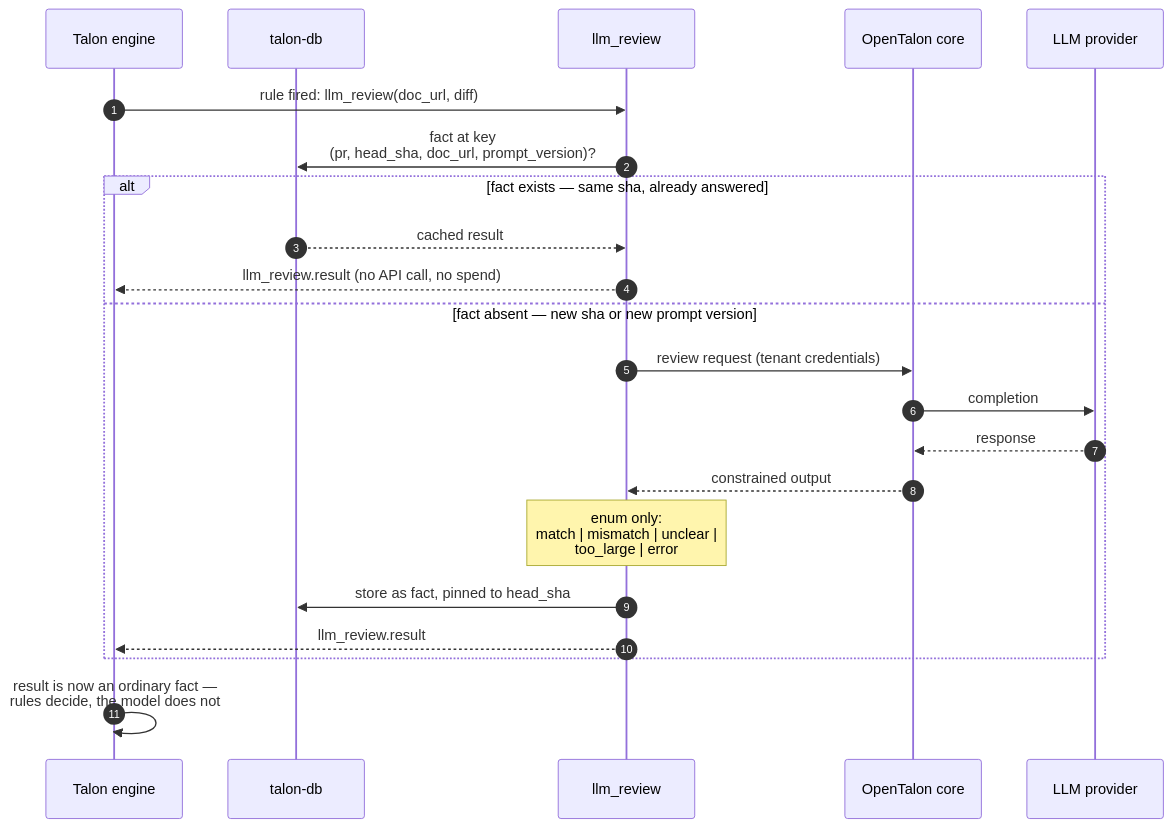
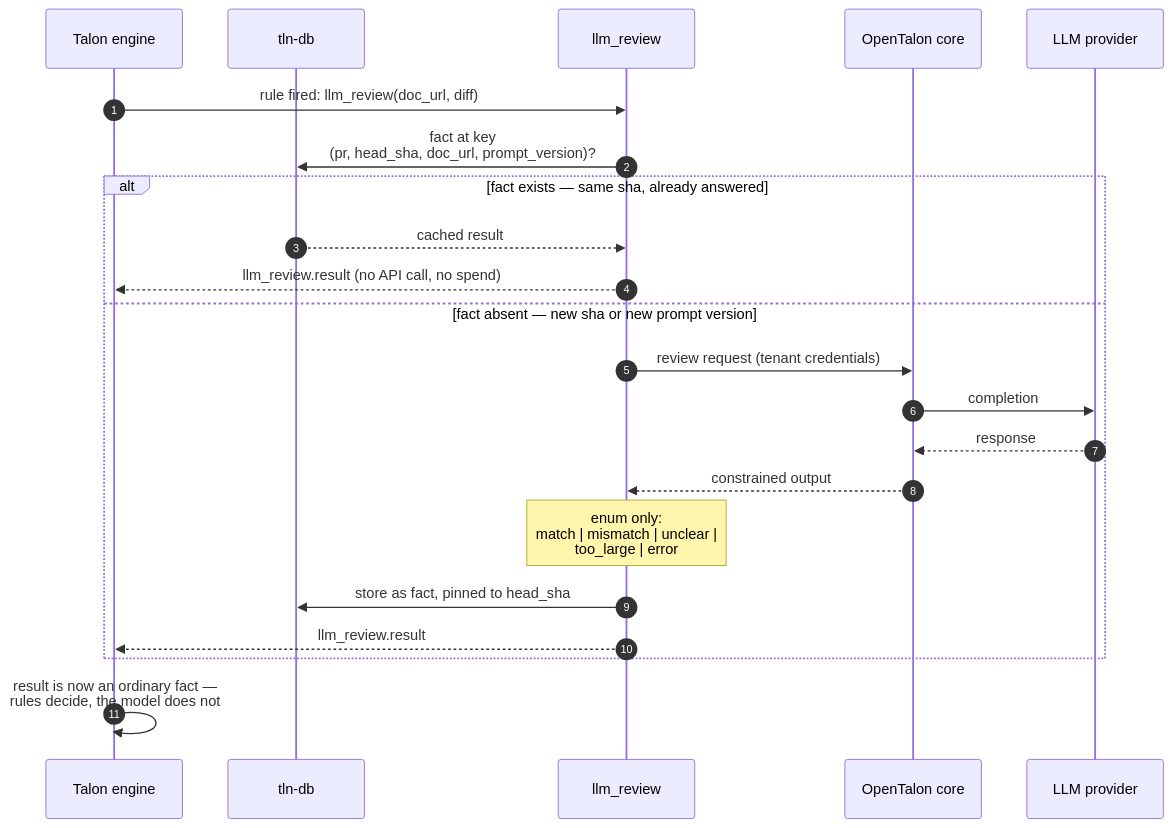
The sixth of 10 diagrams in docs/diagrams.md (opentalon/talooner), drawn with Mermaid before and after one commit. The commit also changed other lines of this file and 4 other files, not shown here.

Commit message:
Fix stale talon-language/talon-db repo names to tln-language/tln-db

````diff
--- a/docs/diagrams.md
+++ b/docs/diagrams.md
@@ -313,27 +313,27 @@
 ```mermaid
 sequenceDiagram
     autonumber
     participant ENG as Talon engine
-    participant DB as talon-db
+    participant DB as tln-db
     participant LLMR as llm_review
     participant Core as OpenTalon core
     participant API as LLM provider
 
     ENG->>LLMR: rule fired: llm_review(doc_url, diff)
     LLMR->>DB: fact at key<br/>(pr, head_sha, doc_url, prompt_version)?
 
     alt fact exists — same sha, already answered
         DB-->>LLMR: cached result
         LLMR-->>ENG: llm_review.result (no API call, no spend)
     else fact absent — new sha or new prompt version
         LLMR->>Core: review request (tenant credentials)
         Core->>API: completion
         API-->>Core: response
         Core-->>LLMR: constrained output
         Note over LLMR: enum only:<br/>match | mismatch | unclear |<br/>too_large | error
         LLMR->>DB: store as fact, pinned to head_sha
         LLMR-->>ENG: llm_review.result
     end
 
     ENG->>ENG: result is now an ordinary fact —<br/>rules decide, the model does not
 ```
````
